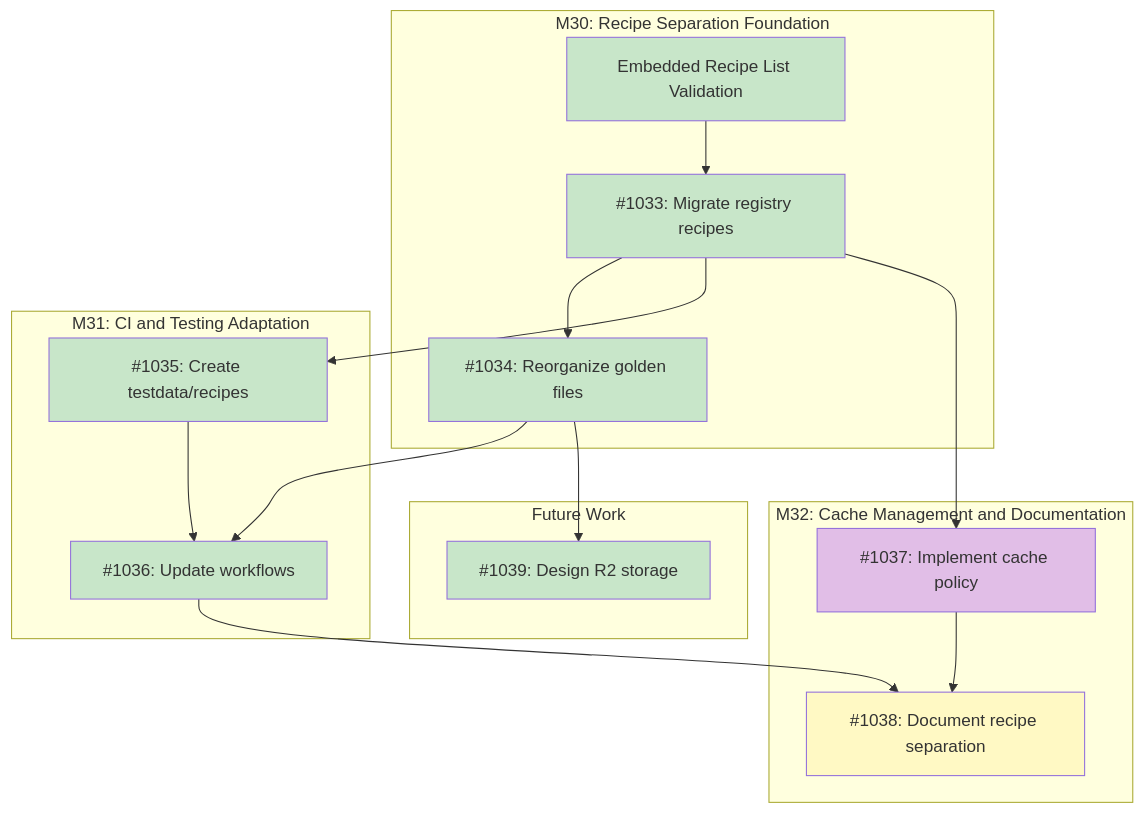
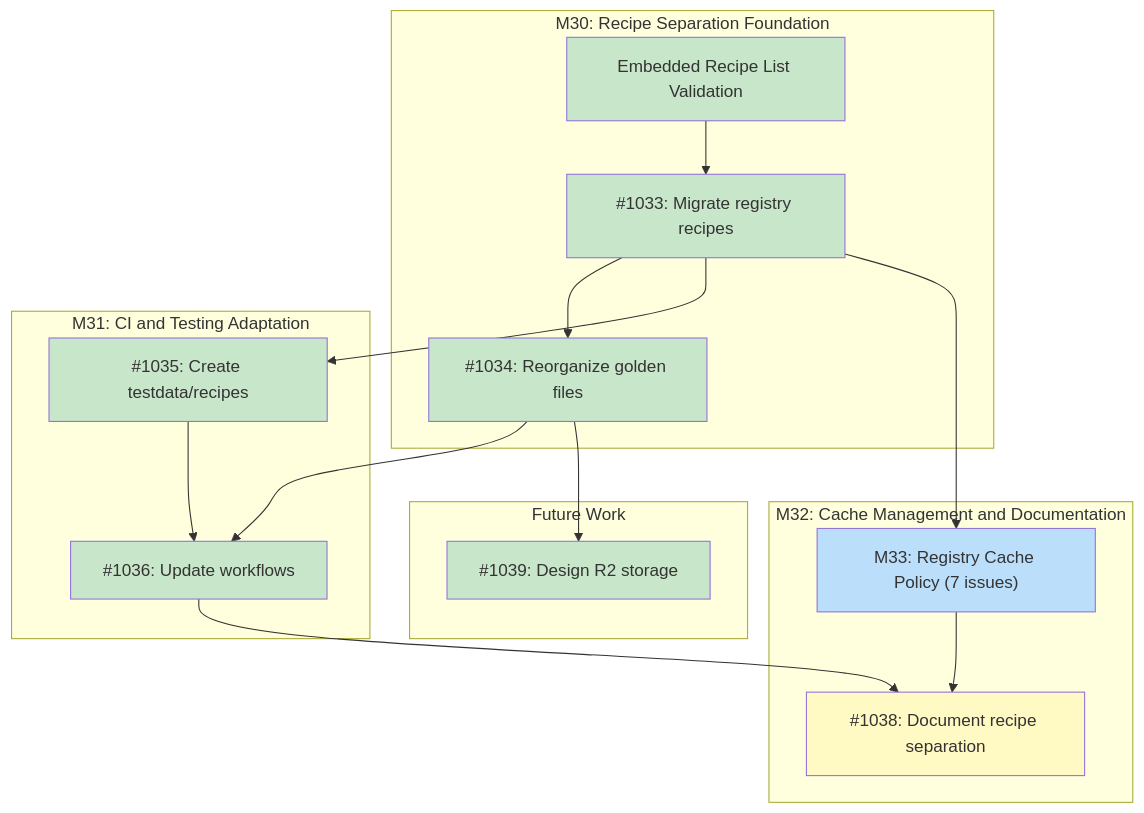
The diagram in docs/designs/DESIGN-recipe-registry-separation.md (tsukumogami/tsuku), drawn with Mermaid before and after one commit. The commit also changed other lines of this file and 1 other file, not shown here.

Commit message:
docs(registry-cache): add implementation issues and update status to Planned
Update DESIGN-registry-cache-policy.md:
- Change status from Accepted to Planned
- Add Implementation Issues section with 7 issues in M33 milestone
- Include dependency graph with phase-based structure

Update DESIGN-recipe-registry-separation.md:
- Replace issue #1037 placeholder with M33 milestone reference
- Update dependency graph to reflect milestone structure

````diff
--- a/docs/designs/DESIGN-recipe-registry-separation.md
+++ b/docs/designs/DESIGN-recipe-registry-separation.md
@@ -46,46 +46,46 @@
 ```mermaid
 graph TD
     subgraph M30["M30: Recipe Separation Foundation"]
         ERLV["Embedded Recipe List Validation"]
         I1033["#1033: Migrate registry recipes"]
         I1034["#1034: Reorganize golden files"]
     end
 
     subgraph M31["M31: CI and Testing Adaptation"]
         I1035["#1035: Create testdata/recipes"]
         I1036["#1036: Update workflows"]
     end
 
     subgraph M32["M32: Cache Management and Documentation"]
-        I1037["#1037: Implement cache policy"]
+        M33["M33: Registry Cache Policy (7 issues)"]
         I1038["#1038: Document recipe separation"]
     end
 
     subgraph Future["Future Work"]
         I1039["#1039: Design R2 storage"]
     end
 
     ERLV --> I1033
     I1033 --> I1034
     I1033 --> I1035
-    I1033 --> I1037
+    I1033 --> M33
     I1034 --> I1036
     I1035 --> I1036
     I1034 --> I1039
     I1036 --> I1038
-    I1037 --> I1038
+    M33 --> I1038
 
     classDef done fill:#c8e6c9
     classDef ready fill:#bbdefb
     classDef blocked fill:#fff9c4
     classDef needsDesign fill:#e1bee7
 
     class ERLV done
     class I1033 done
     class I1034 done
     class I1035 done
     class I1036 done
     class I1038 blocked
-    class I1037 needsDesign
+    class M33 ready
     class I1039 done
 ```
````
